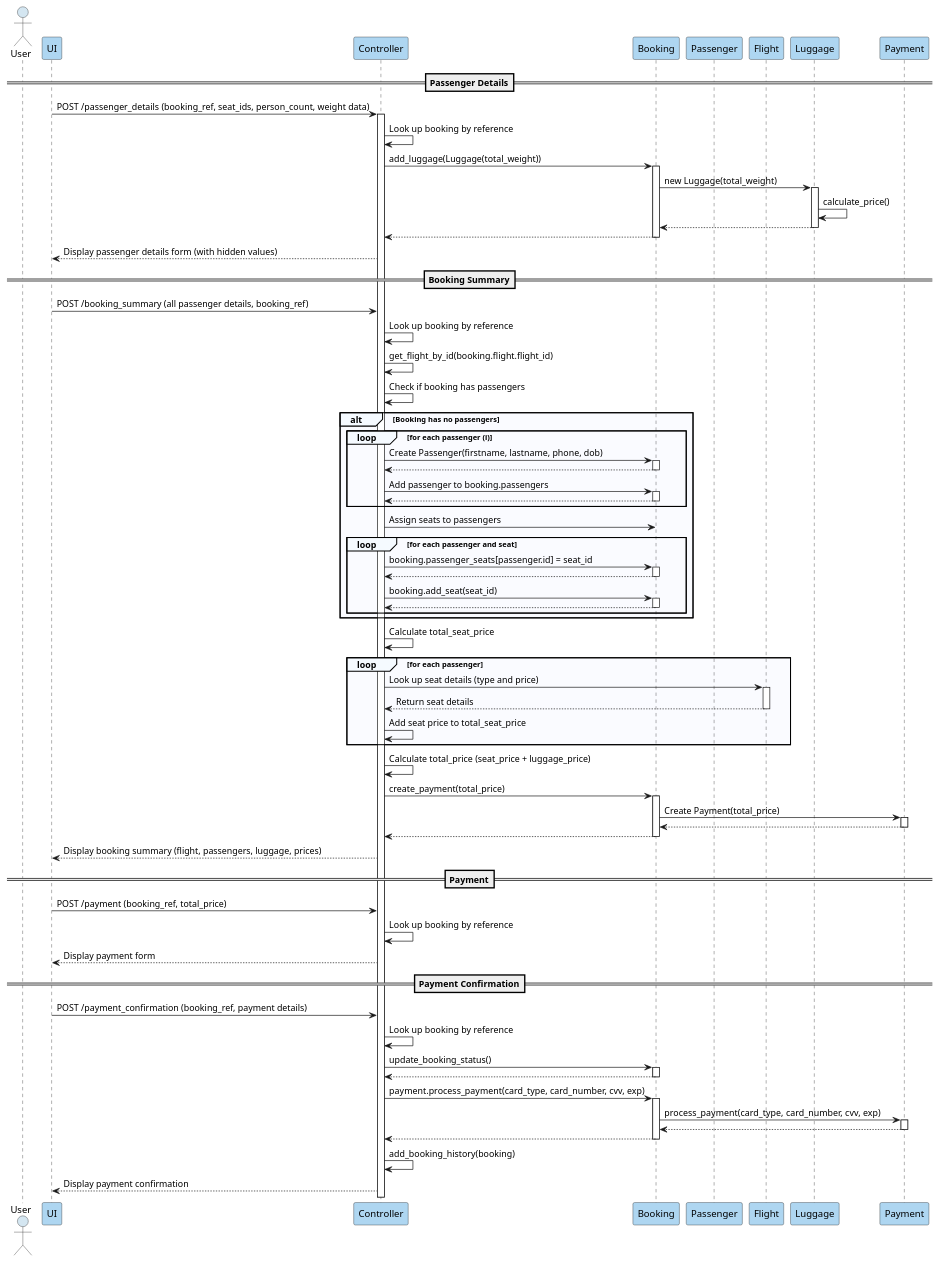
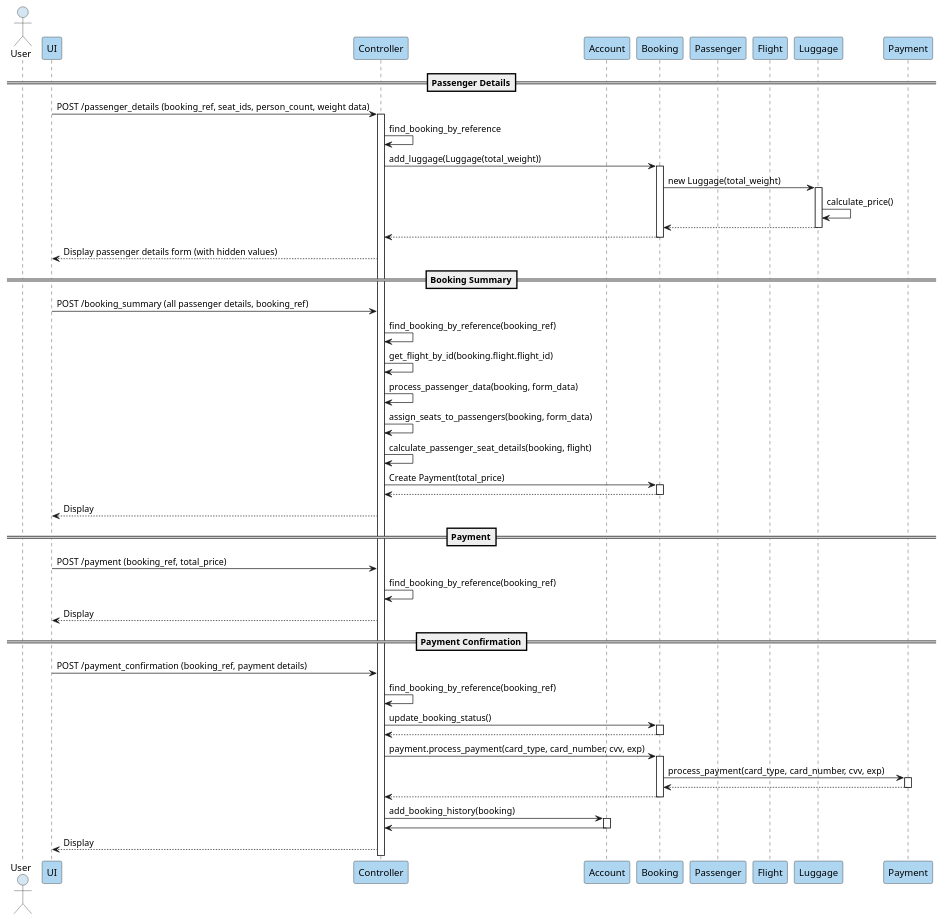
Before and after one commit to qkrxldn/all: the diagram in OOP/seq copy 2.puml, drawn with PlantUML. The commit also changed 2 other files, not shown here.

```diff
--- a/OOP/seq copy 2.puml
+++ b/OOP/seq copy 2.puml
@@ -1,128 +1,99 @@
 @startuml Sequence Diagram
 
 skinparam SequenceBoxBorderColor #4682B4
 skinparam SequenceBoxBackgroundColor #E6F3FF
 skinparam SequenceGroupBackgroundColor #F5FAFF
 skinparam SequenceGroupBodyBackgroundColor #FAFBFF
 skinparam ParticipantBackgroundColor #AED6F1
 skinparam ActorBackgroundColor #D4E6F1
 
 actor "User" as user
 participant "UI" as UI
 participant "Controller" as Controller
+participant "Account" as Account
 participant "Booking" as booking
 participant "Passenger" as passenger
 participant "Flight" as flight
 participant "Luggage" as luggage
 participant "Payment" as payment
 
 == Passenger Details==
 
 UI -> Controller : POST /passenger_details (booking_ref, seat_ids, person_count, weight data)
 activate Controller
 
-Controller -> Controller : Look up booking by reference
+Controller -> Controller : find_booking_by_reference
 
 Controller -> booking : add_luggage(Luggage(total_weight))
 activate booking
 booking -> luggage : new Luggage(total_weight)
 activate luggage
 luggage -> luggage : calculate_price()
 luggage --> booking :
 deactivate luggage
 booking --> Controller :
 deactivate booking
 
 Controller --> UI : Display passenger details form (with hidden values)
 
 == Booking Summary==
 
 UI -> Controller : POST /booking_summary (all passenger details, booking_ref)
 
-Controller -> Controller : Look up booking by reference
+Controller -> Controller : find_booking_by_reference(booking_ref)
 
 Controller -> Controller : get_flight_by_id(booking.flight.flight_id)
 
-Controller -> Controller : Check if booking has passengers
+Controller -> Controller : process_passenger_data(booking, form_data)
 
-alt Booking has no passengers
-    loop for each passenger (i)
-        Controller -> booking : Create Passenger(firstname, lastname, phone, dob)
-        activate booking
-        booking --> Controller :
-        deactivate booking
+Controller -> Controller : assign_seats_to_passengers(booking, form_data)
 
-        Controller -> booking : Add passenger to booking.passengers
-        activate booking
-        booking --> Controller :
-        deactivate booking
-    end
-    
-    Controller -> booking : Assign seats to passengers
-    loop for each passenger and seat
-        Controller -> booking : booking.passenger_seats[passenger.id] = seat_id
-        activate booking
-        booking --> Controller
-        deactivate booking
+Controller -> Controller : calculate_passenger_seat_details(booking, flight)
 
-        Controller -> booking : booking.add_seat(seat_id)
-        activate booking
-        booking --> Controller
-        deactivate booking
-    end
-end
-
-Controller -> Controller : Calculate total_seat_price
-loop for each passenger
-    Controller -> flight : Look up seat details (type and price)
-    activate flight
-    flight --> Controller : Return seat details
-    deactivate flight
-    Controller -> Controller : Add seat price to total_seat_price
-end
-
-Controller -> Controller : Calculate total_price (seat_price + luggage_price)
-Controller -> booking : create_payment(total_price)
+Controller -> booking : Create Payment(total_price)
 activate booking
-booking -> payment : Create Payment(total_price)
-activate payment
-payment --> booking :
-deactivate payment
 booking --> Controller :
 deactivate booking
 
-Controller --> UI : Display booking summary (flight, passengers, luggage, prices)
+
+
+
+
+Controller --> UI : Display
 
 == Payment==
 
 UI -> Controller : POST /payment (booking_ref, total_price)
 
-Controller -> Controller : Look up booking by reference
+Controller -> Controller : find_booking_by_reference(booking_ref)
 
-Controller --> UI : Display payment form
+Controller --> UI : Display
 
 == Payment Confirmation==
 
 UI-> Controller : POST /payment_confirmation (booking_ref, payment details)
 
-Controller -> Controller : Look up booking by reference
+Controller -> Controller : find_booking_by_reference(booking_ref)
 
 Controller -> booking : update_booking_status()
 activate booking
 booking --> Controller :
 deactivate booking
 
 Controller -> booking : payment.process_payment(card_type, card_number, cvv, exp)
 activate booking
 booking -> payment : process_payment(card_type, card_number, cvv, exp)
 activate payment
 payment --> booking :
 deactivate payment
 booking --> Controller :
 deactivate booking
 
-Controller -> Controller : add_booking_history(booking)
+Controller -> Account : add_booking_history(booking)
+activate Account
+Account -> Controller
+deactivate Account
 
-Controller --> UI : Display payment confirmation
+Controller --> UI : Display
 
 @enduml
```
